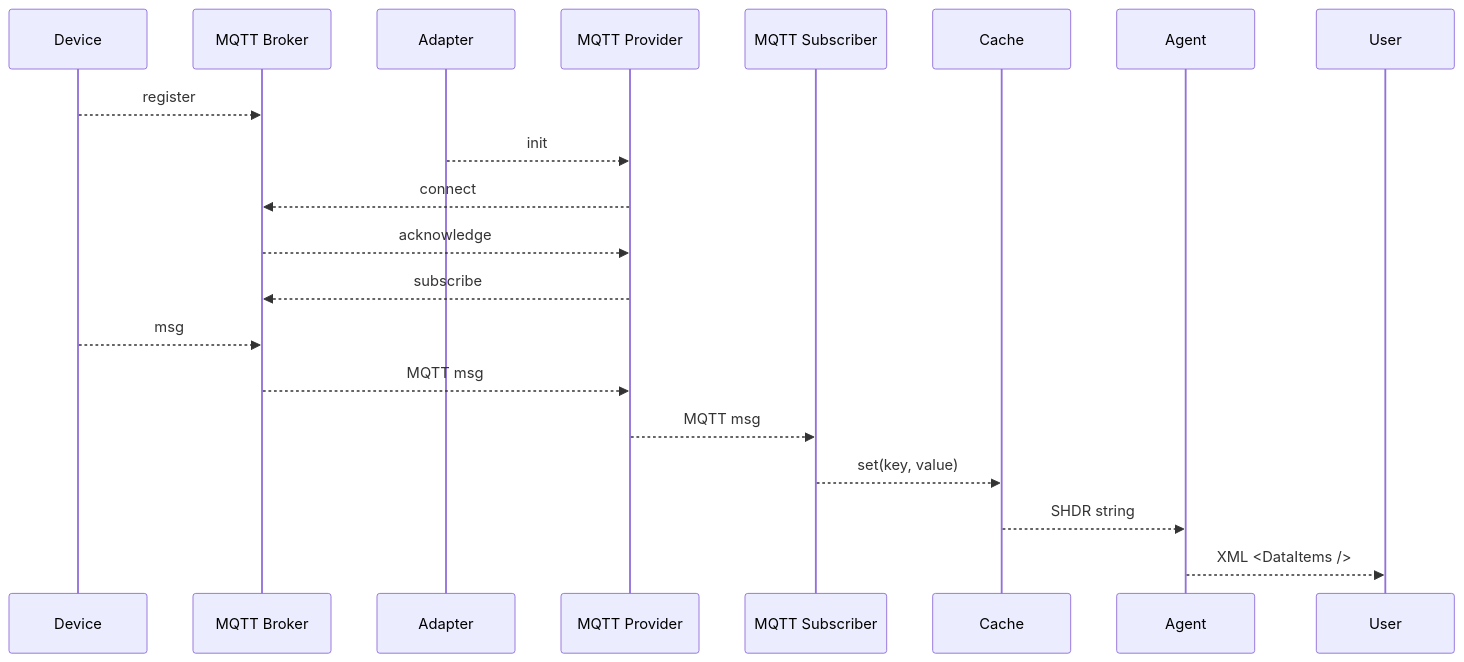
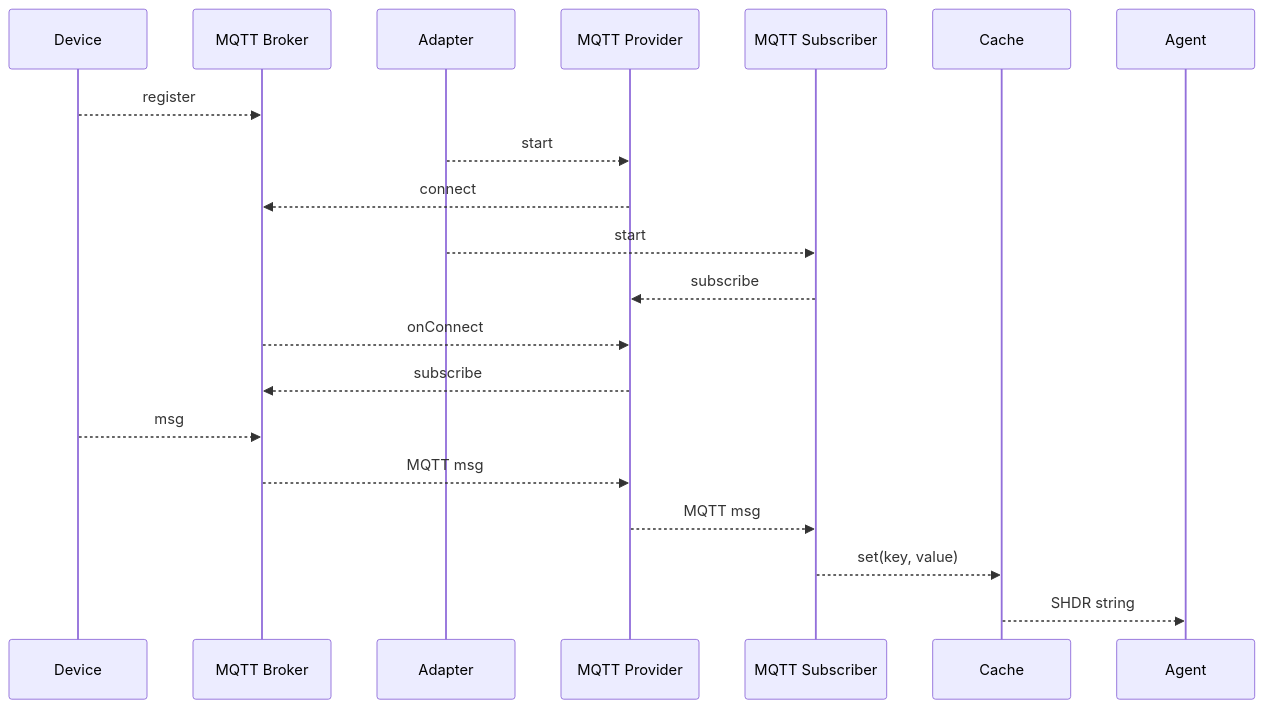
One commit to Ladder99/ladder99 changed the first of 4 diagrams in docs/old/sequences.md. Above: the diagram before and after it, drawn with Mermaid. The commit also changed 4 other files, not shown here.

````diff
--- a/docs/old/sequences.md
+++ b/docs/old/sequences.md
@@ -7,25 +7,27 @@
 ```mermaid
 sequenceDiagram
 
 participant device as Device
 participant broker as MQTT Broker
 participant adapter as Adapter
 participant provider as MQTT Provider
 participant subscriber as MQTT Subscriber
 participant cache as Cache
 participant agent as Agent
-participant user as User
+#participant user as User
 
 device -->> broker: register
-adapter -->> provider: init
+adapter -->> provider: start
 provider -->> broker: connect
-broker -->> provider: acknowledge
+adapter -->> subscriber: start
+subscriber -->> provider: subscribe
+broker -->> provider: onConnect
 provider -->> broker: subscribe
 device -->> broker: msg
 broker -->> provider: MQTT msg
 provider -->> subscriber: MQTT msg
 subscriber -->> cache: set(key, value)
 cache -->> agent: SHDR string
-agent -->> user: XML <DataItems />
+#agent -->> user: XML <DataItems />
 
 ```
````
